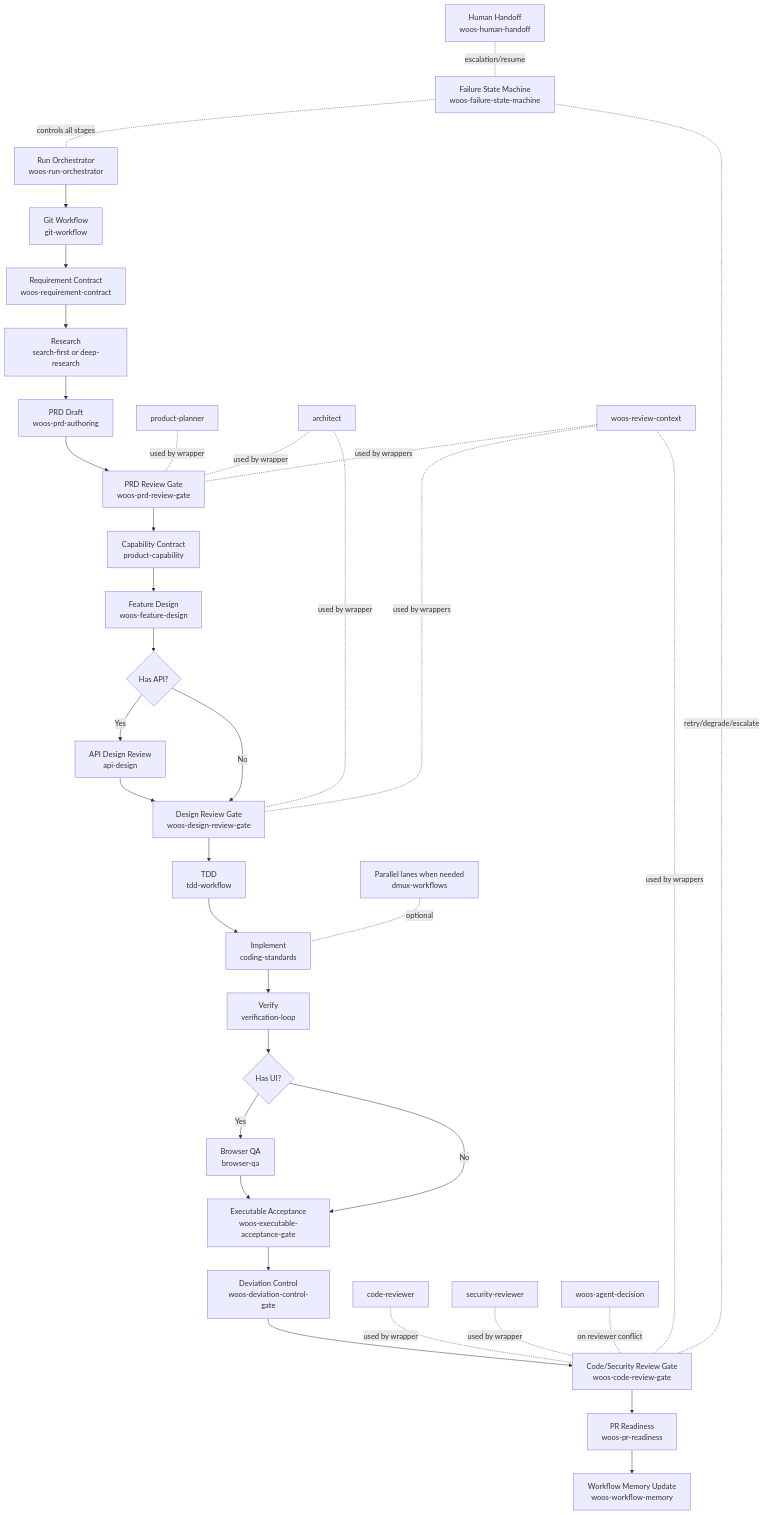
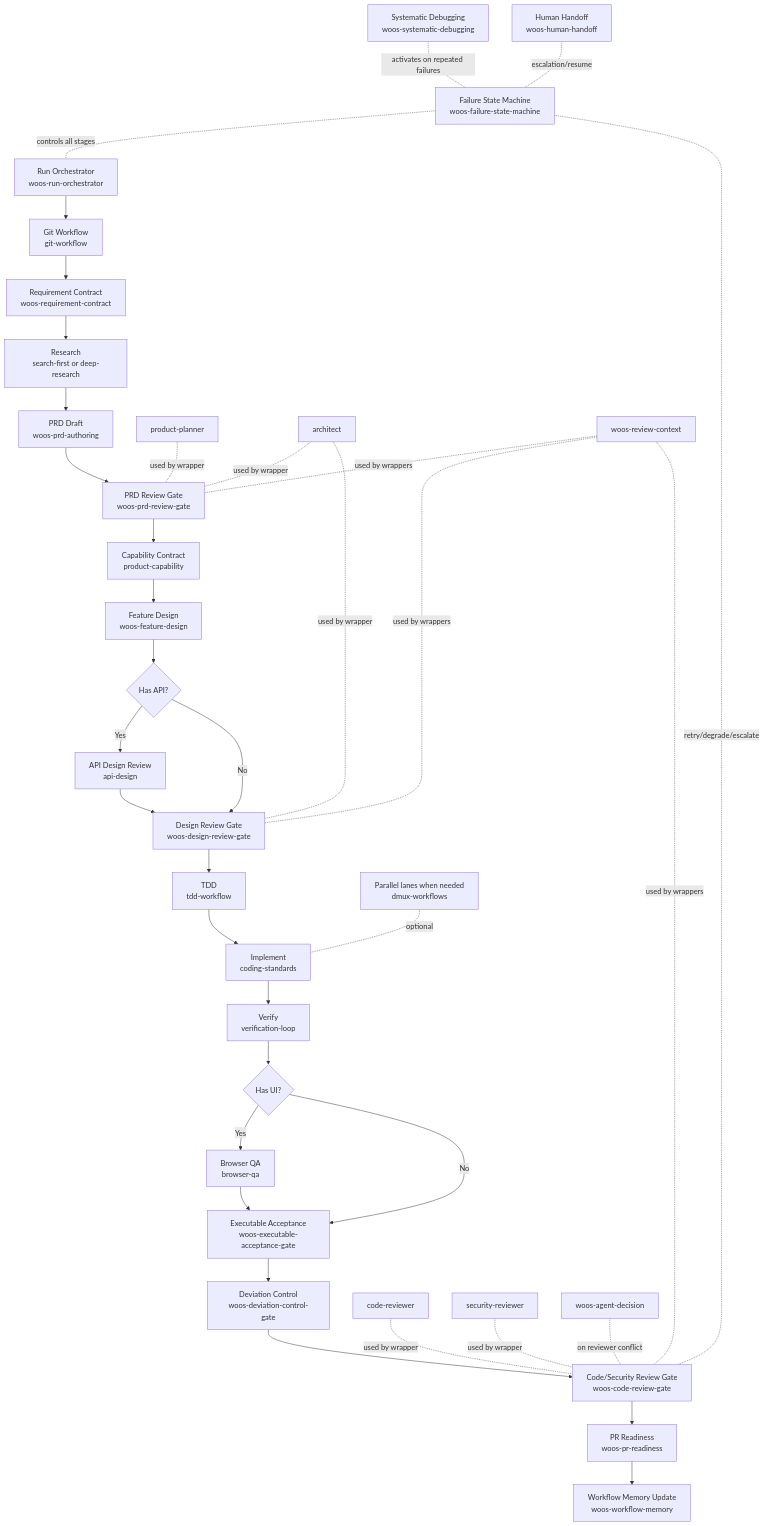
One commit to zero-click/hermes-ecc-profile changed the diagram in README.md. Above: the diagram before and after it, drawn with Mermaid. The commit also changed other lines of this file and 5 other files, not shown here.

First line of the commit message:
feat: add woos-systematic-debugging skill with cross-cutting integration

````diff
--- a/README.md
+++ b/README.md
@@ -19,40 +19,41 @@
 ```mermaid
 flowchart TD
   A[Run Orchestrator<br/>woos-run-orchestrator] --> B[Git Workflow<br/>git-workflow]
   B --> C[Requirement Contract<br/>woos-requirement-contract]
   C --> D[Research<br/>search-first or deep-research]
   D --> E[PRD Draft<br/>woos-prd-authoring]
   E --> F[PRD Review Gate<br/>woos-prd-review-gate]
   F --> G[Capability Contract<br/>product-capability]
   G --> H[Feature Design<br/>woos-feature-design]
   H --> H1{Has API?}
   H1 -->|Yes| H2[API Design Review<br/>api-design]
   H1 -->|No| I
   H2 --> I[Design Review Gate<br/>woos-design-review-gate]
   I --> J[TDD<br/>tdd-workflow]
   J --> K[Implement<br/>coding-standards]
   K --> L[Verify<br/>verification-loop]
   L --> L1{Has UI?}
   L1 -->|Yes| L2[Browser QA<br/>browser-qa]
   L1 -->|No| M
   L2 --> M[Executable Acceptance<br/>woos-executable-acceptance-gate]
   M --> N[Deviation Control<br/>woos-deviation-control-gate]
   N --> O[Code/Security Review Gate<br/>woos-code-review-gate]
   O --> P[PR Readiness<br/>woos-pr-readiness]
   P --> Q[Workflow Memory Update<br/>woos-workflow-memory]
 
   R[Failure State Machine<br/>woos-failure-state-machine] -.controls all stages.- A
   R -.retry/degrade/escalate.- O
+  R2[Systematic Debugging<br/>woos-systematic-debugging] -.activates on repeated failures.- R
   S[Human Handoff<br/>woos-human-handoff] -.escalation/resume.- R
   T[Parallel lanes when needed<br/>dmux-workflows] -.optional.- K
 
   U[product-planner] -.used by wrapper.- F
   V[architect] -.used by wrapper.- F
   V -.used by wrapper.- I
   Y[woos-review-context] -.used by wrappers.- F
   Y -.used by wrappers.- I
   Y -.used by wrappers.- O
   W[code-reviewer] -.used by wrapper.- O
   X[security-reviewer] -.used by wrapper.- O
   Z[woos-agent-decision] -.on reviewer conflict.- O
 ```
````
